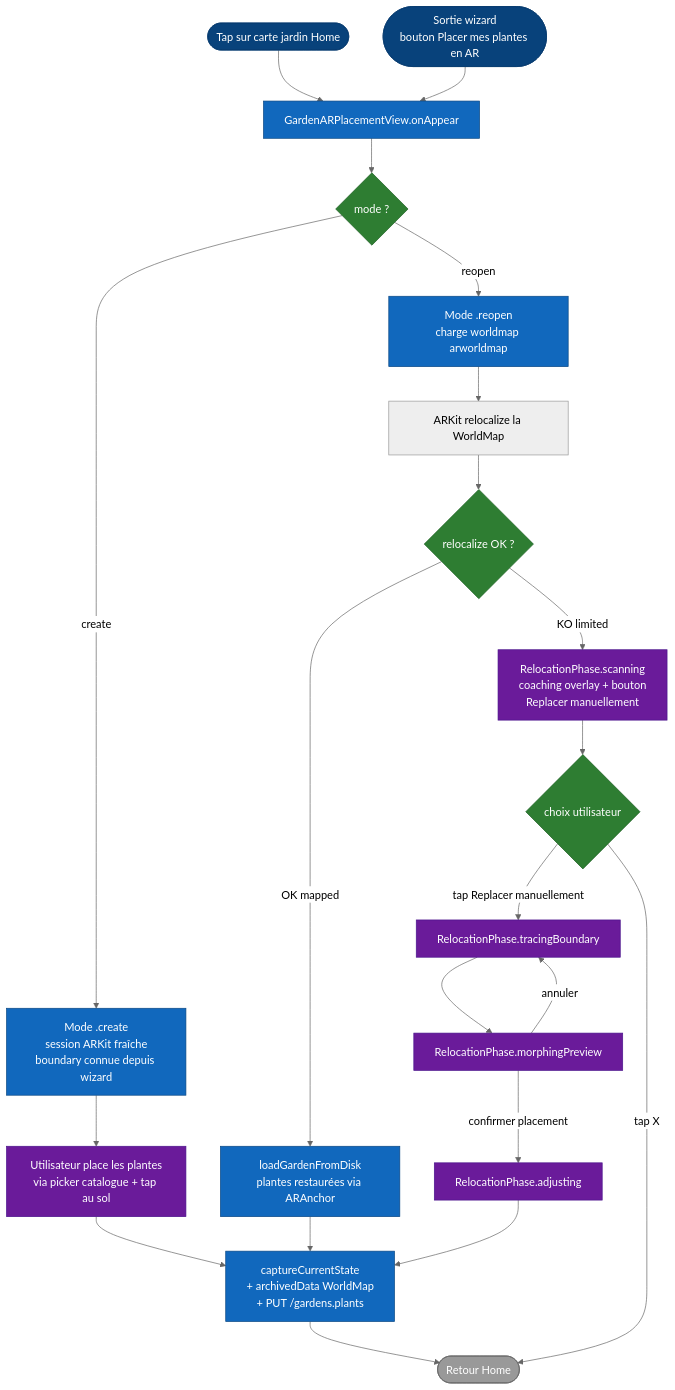
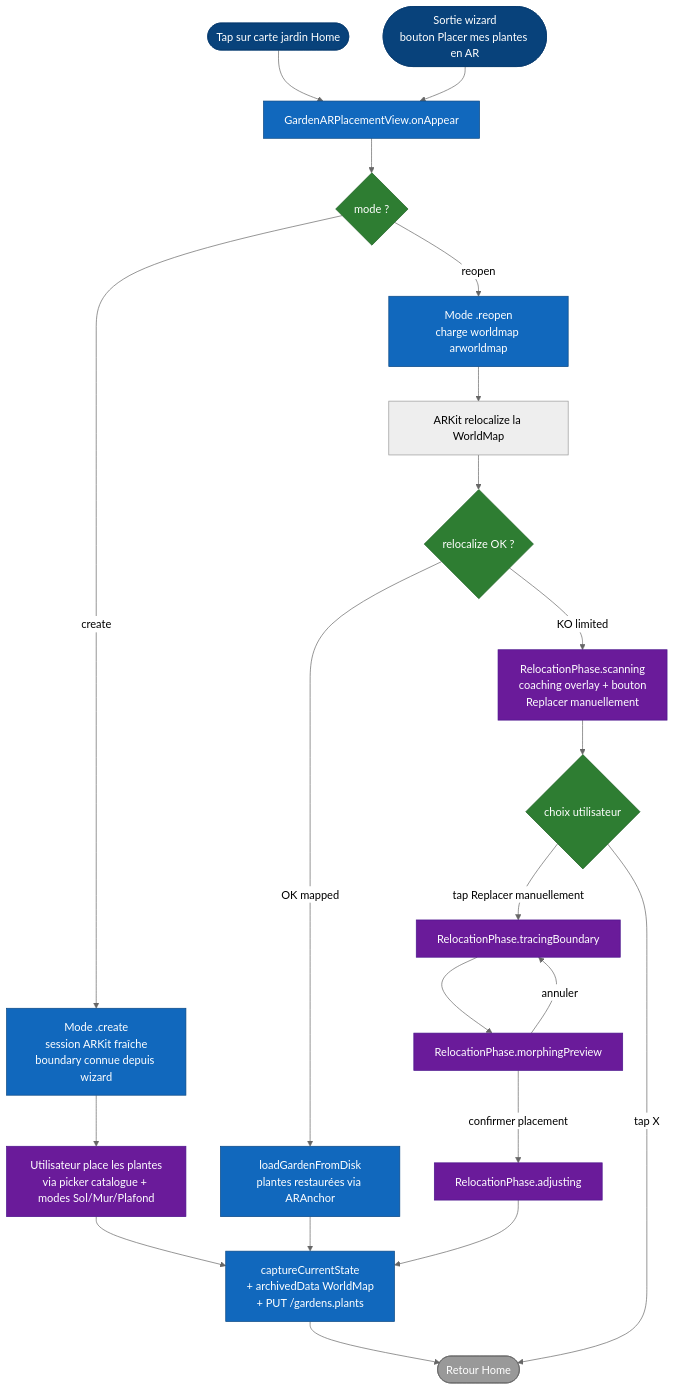
The diagram in docs/fr/flows/ar-placement.md (ArboreTeam/Arbore), drawn with Mermaid (neutral theme) before and after one commit. The commit also changed other lines of this file and 17 other files, not shown here.

````diff
--- a/docs/fr/flows/ar-placement.md
+++ b/docs/fr/flows/ar-placement.md
@@ -16,63 +16,63 @@
 ```mermaid
 flowchart TB
     home([Tap sur carte jardin Home])
     wizard([Sortie wizard<br/>bouton Placer mes plantes en AR])
 
     open["GardenARPlacementView.onAppear"]
     detect_mode{mode ?}
 
     create_flow["Mode .create<br/>session ARKit fraîche<br/>boundary connue depuis wizard"]
-    place_create["Utilisateur place les plantes<br/>via picker catalogue + tap au sol"]
+    place_create["Utilisateur place les plantes<br/>via picker catalogue + modes Sol/Mur/Plafond"]
 
     reopen_flow["Mode .reopen<br/>charge worldmap arworldmap"]
     arkit_reloc["ARKit relocalize la WorldMap"]
     reloc_result{relocalize OK ?}
 
     load_normal["loadGardenFromDisk<br/>plantes restaurées via ARAnchor"]
 
     manual["RelocationPhase.scanning<br/>coaching overlay + bouton<br/>Replacer manuellement"]
     user_choice{choix utilisateur}
     trace["RelocationPhase.tracingBoundary"]
     morph["RelocationPhase.morphingPreview"]
     adjust["RelocationPhase.adjusting"]
 
     save["captureCurrentState<br/>+ archivedData WorldMap<br/>+ PUT /gardens.plants"]
     dismiss([Retour Home])
 
     home --> open
     wizard --> open
     open --> detect_mode
 
     detect_mode -->|create| create_flow
     create_flow --> place_create
     place_create --> save
 
     detect_mode -->|reopen| reopen_flow
     reopen_flow --> arkit_reloc
     arkit_reloc --> reloc_result
 
     reloc_result -->|OK mapped| load_normal
     load_normal --> save
 
     reloc_result -->|KO limited| manual
     manual --> user_choice
     user_choice -->|tap Replacer manuellement| trace
     user_choice -->|tap X| dismiss
     trace --> morph
     morph -->|confirmer placement| adjust
     morph -->|annuler| trace
     adjust --> save
 
     save --> dismiss
 
     classDef startN fill:#08427B,stroke:#073B6F,color:#fff
     classDef state  fill:#1168BD,stroke:#0B4884,color:#fff
     classDef cond   fill:#2E7D32,stroke:#1B5E20,color:#fff
     classDef ar     fill:#6A1B9A,stroke:#4A148C,color:#fff
     classDef endN   fill:#999,stroke:#666,color:#fff
     class home,wizard startN
     class open,create_flow,reopen_flow,load_normal,save state
     class detect_mode,reloc_result,user_choice cond
     class place_create,manual,trace,morph,adjust ar
     class dismiss endN
 ```
````
